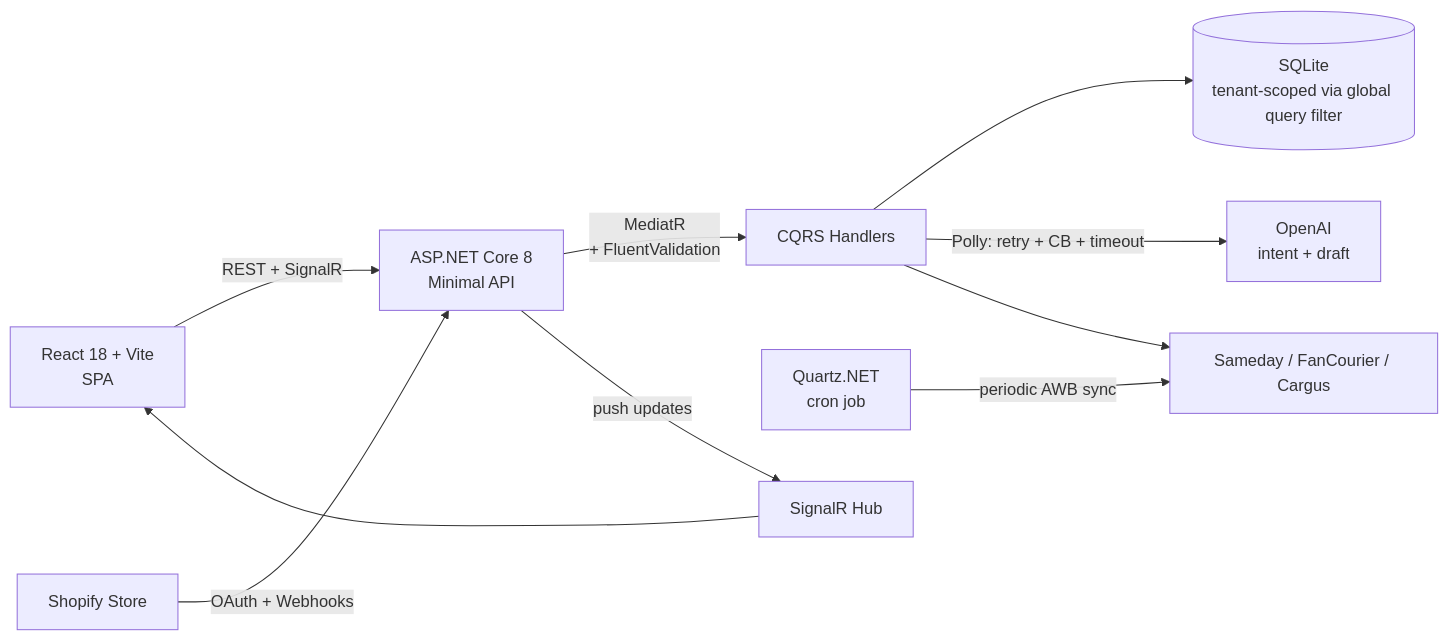
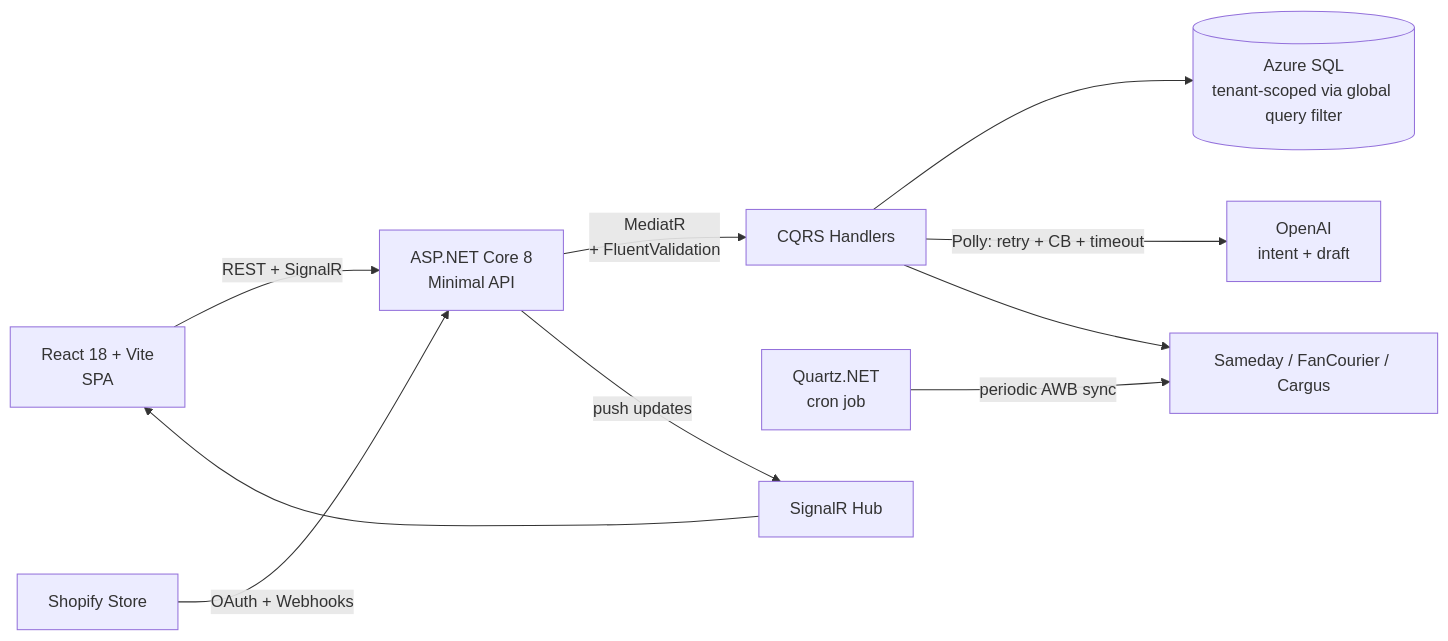
Before and after one commit to AvramAlexC/InboxAI: the diagram in README.md, drawn with Mermaid. The commit also changed other lines of this file, not shown here.

First line of the commit message:
Update README for Azure SQL and App Service deployment

````diff
--- a/README.md
+++ b/README.md
@@ -19,11 +19,11 @@
 ```mermaid
 flowchart LR
     Client[React 18 + Vite<br/>SPA] -->|REST + SignalR| API[ASP.NET Core 8<br/>Minimal API]
     Shopify[Shopify Store] -->|OAuth + Webhooks| API
     API -->|MediatR<br/>+ FluentValidation| Handlers[CQRS Handlers]
-    Handlers --> DB[(SQLite<br/>tenant-scoped via global query filter)]
+    Handlers --> DB[(Azure SQL<br/>tenant-scoped via global query filter)]
     Handlers -->|Polly: retry + CB + timeout| OpenAI[OpenAI<br/>intent + draft]
     Quartz[Quartz.NET<br/>cron job] -->|periodic AWB sync| Couriers[Sameday / FanCourier / Cargus]
     Handlers --> Couriers
     API -->|push updates| Hub[SignalR Hub] --> Client
 ```
````
